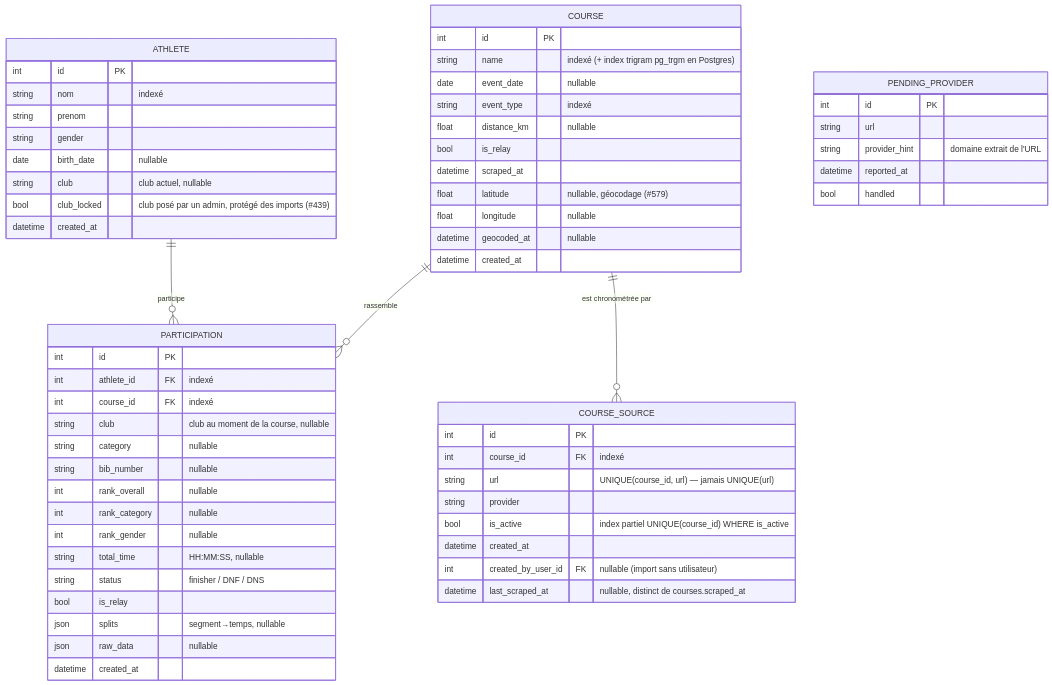
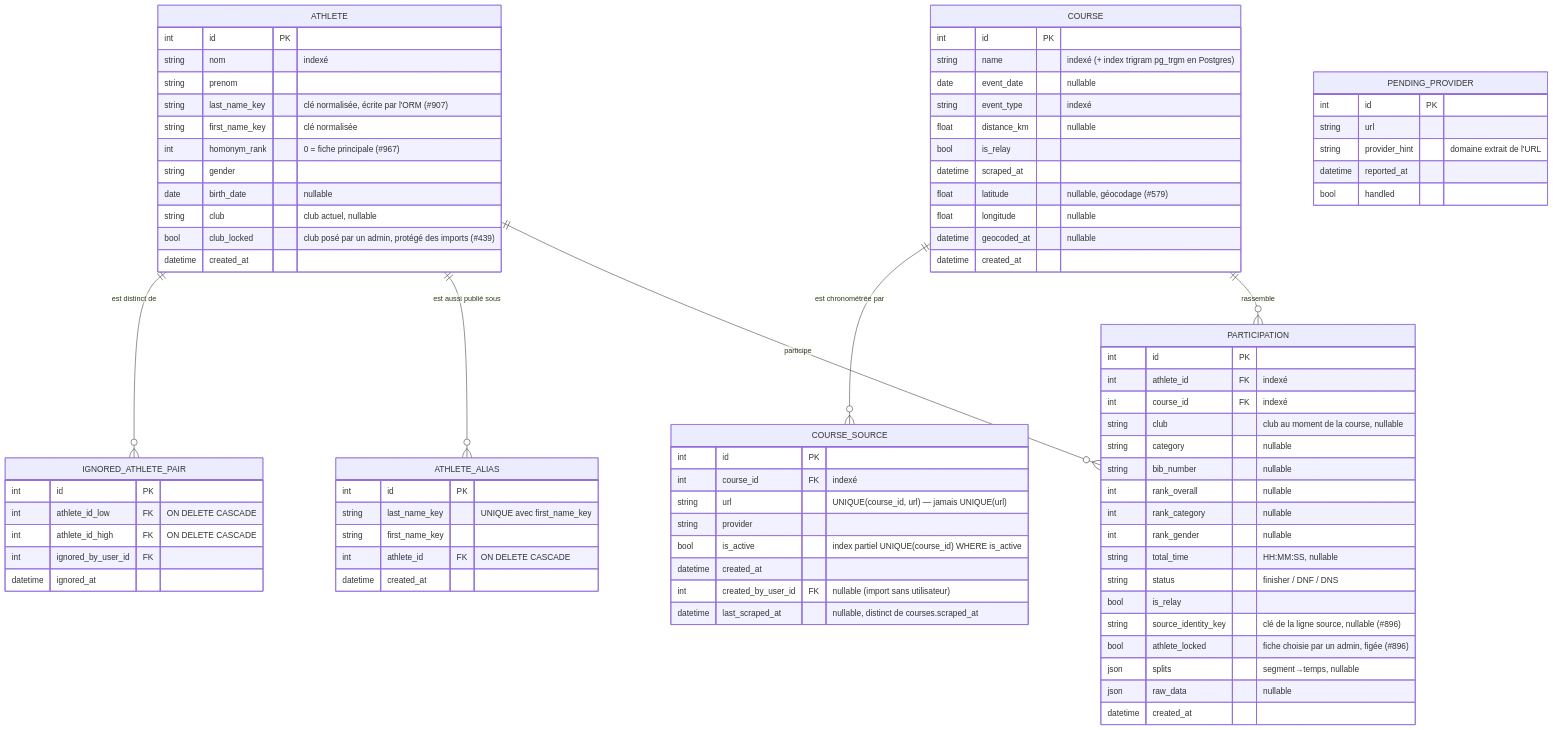
One commit to Triathlon-Club-Nantais/data-triathlon changed the diagram in docs/modele-donnees.md. Above: the diagram before and after it, drawn with Mermaid. The commit also changed other lines of this file and 8 other files, not shown here.

````diff
--- a/docs/modele-donnees.md
+++ b/docs/modele-donnees.md
@@ -37,6 +43,8 @@
 ```mermaid
 erDiagram
     ATHLETE ||--o{ PARTICIPATION : "participe"
+    ATHLETE ||--o{ ATHLETE_ALIAS : "est aussi publié sous"
+    ATHLETE ||--o{ IGNORED_ATHLETE_PAIR : "est distinct de"
     COURSE  ||--o{ PARTICIPATION : "rassemble"
     COURSE  ||--o{ COURSE_SOURCE : "est chronométrée par"
 
@@ -44,6 +52,9 @@
         int id PK
         string nom "indexé"
         string prenom
+        string last_name_key "clé normalisée, écrite par l'ORM (#907)"
+        string first_name_key "clé normalisée"
+        int homonym_rank "0 = fiche principale (#967)"
         string gender
         date birth_date "nullable"
         string club "club actuel, nullable"
@@ -89,9 +100,27 @@
         string total_time "HH:MM:SS, nullable"
         string status "finisher / DNF / DNS"
         bool is_relay
+        string source_identity_key "clé de la ligne source, nullable (#896)"
+        bool athlete_locked "fiche choisie par un admin, figée (#896)"
         json splits "segment→temps, nullable"
         json raw_data "nullable"
         datetime created_at
+    }
+
+    ATHLETE_ALIAS {
+        int id PK
+        string last_name_key "UNIQUE avec first_name_key"
+        string first_name_key
+        int athlete_id FK "ON DELETE CASCADE"
+        datetime created_at
+    }
+
+    IGNORED_ATHLETE_PAIR {
+        int id PK
+        int athlete_id_low FK "ON DELETE CASCADE"
+        int athlete_id_high FK "ON DELETE CASCADE"
+        int ignored_by_user_id FK
+        datetime ignored_at
     }
 
     PENDING_PROVIDER {
````
